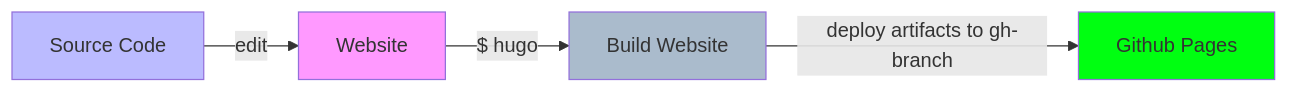
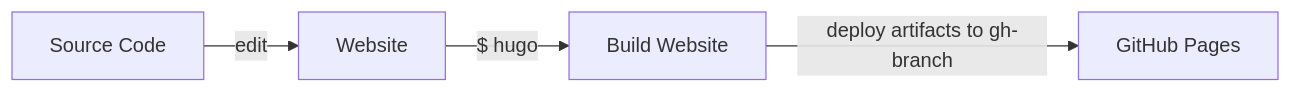
Before and after one commit to raulcorreia7/blog: the diagram in content/posts/open-source-blog/index.md, drawn with Mermaid. The commit also changed other lines of this file and 5 other files, not shown here.

```diff
--- a/content/posts/open-source-blog/index.md
+++ b/content/posts/open-source-blog/index.md
@@ -63,11 +63,6 @@
 {{< mermaid >}}
 graph LR;
-    style source fill:#bbf
-    style repository fill:#f9f
-    style build fill:#abc
-    style deploy fill:#0f1
-
-    source[Source Code]-- edit -->repository[Website];
-    repository -- $ hugo --> build[Build Website];
-    build -- deploy artifacts to gh-branch --> deploy[Github Pages];
+source[Source Code]-- edit -->repository[Website];
+repository -- $ hugo --> build[Build Website];
+build -- deploy artifacts to gh-branch --> deploy[GitHub Pages];
 {{< /mermaid >}}
```
